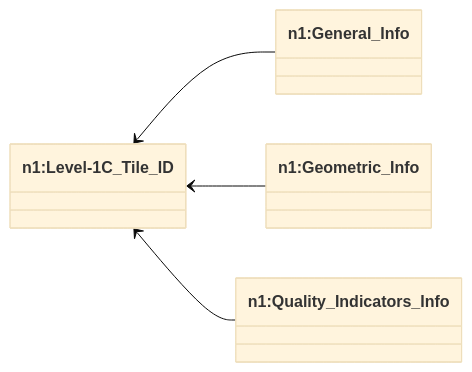
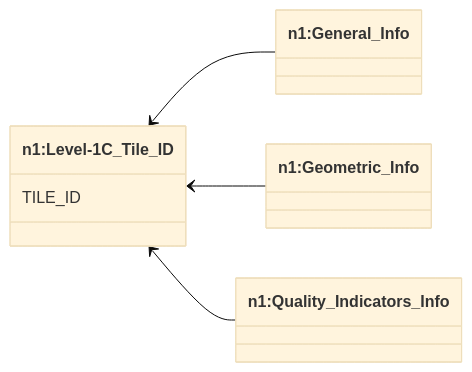
One commit to space-accountants/s2d2 changed the diagram in deepening/MTD_MSIL1C.md. Above: the diagram before and after it, drawn with Mermaid (base theme).

````diff
--- a/deepening/MTD_MSIL1C.md
+++ b/deepening/MTD_MSIL1C.md
@@ -3,12 +3,13 @@
 ```mermaid
 classDiagram
   direction LR
   `n1:Level-1C_Tile_ID` <-- `n1:General_Info`  
   `n1:Level-1C_Tile_ID` <-- `n1:Geometric_Info`
   `n1:Level-1C_Tile_ID` <-- `n1:Quality_Indicators_Info`    
 
   class `n1:Level-1C_Tile_ID`
+  `n1:Level-1C_Tile_ID` : TILE_ID
   class `n1:General_Info`
   class `n1:Geometric_Info`
   class `n1:Quality_Indicators_Info`
 ```
````
